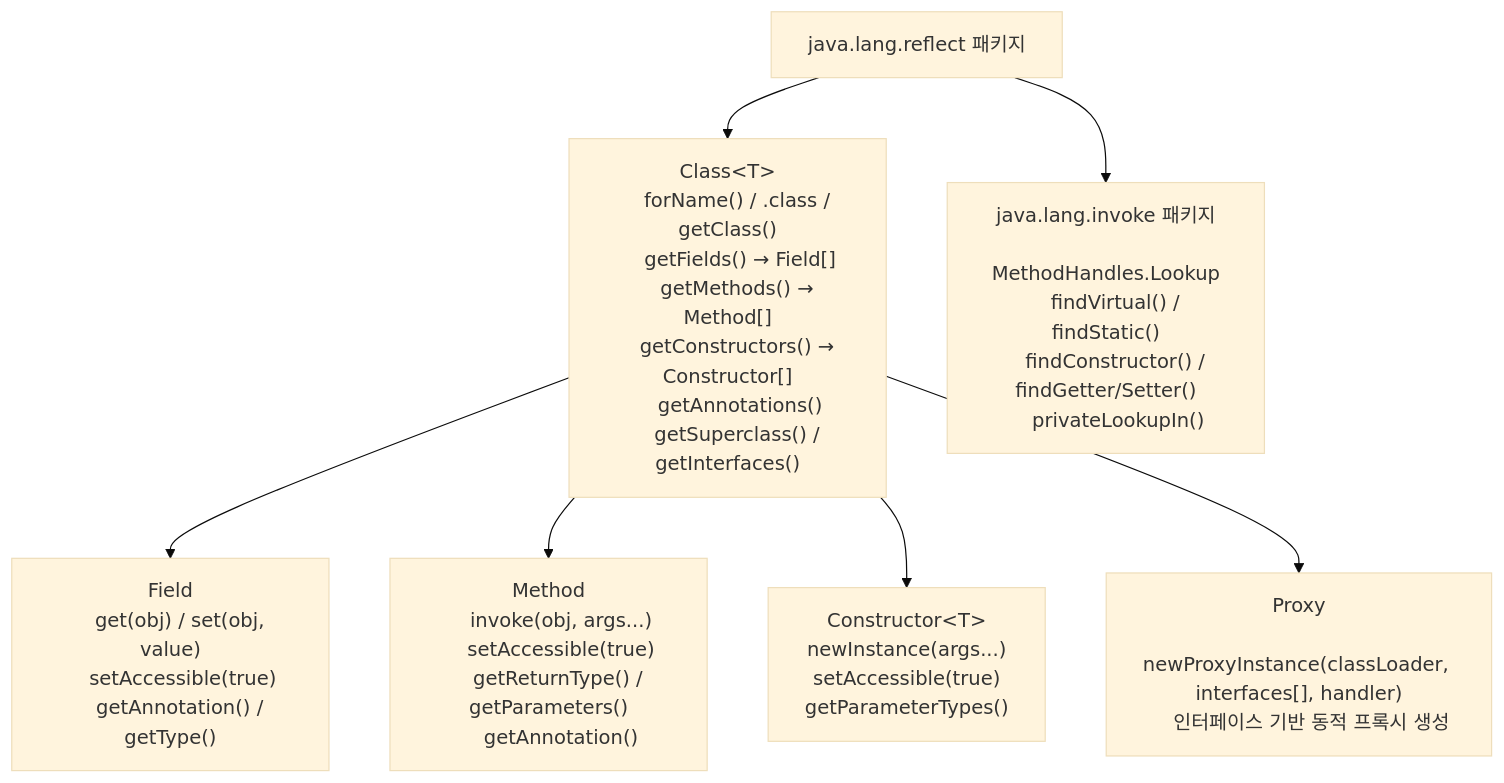
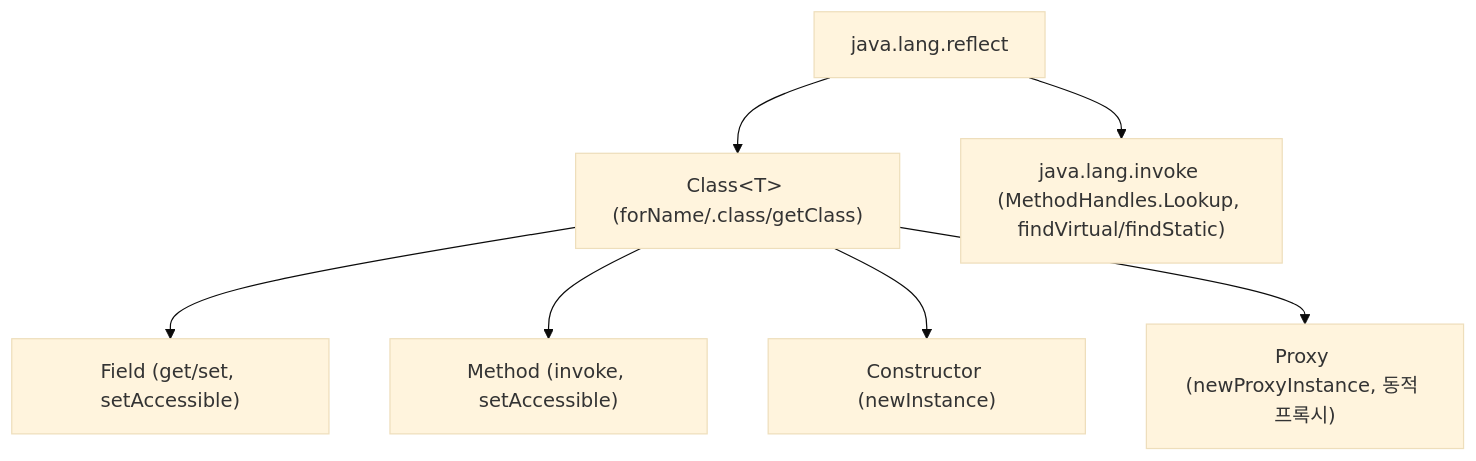
The fourth of 4 diagrams in _posts/java/2026-05-01-java-reflection.md (yjkim2015/yjkim2015.github.io), drawn with Mermaid (base theme) before and after one commit. The commit also changed other lines of this file and 215 other files, not shown here.

First line of the commit message:
신규 포스트 10개 추가 + Mermaid 전면 축소 + SystemDesign 시리즈 보강

````diff
--- a/_posts/java/2026-05-01-java-reflection.md
+++ b/_posts/java/2026-05-01-java-reflection.md
@@ -1055,45 +1041,9 @@
 ```mermaid
 graph TD
-    REFLECT["java.lang.reflect 패키지"]
-
-    CLASS["Class&lt;T&gt;
-    forName() / .class / getClass()
-    getFields() → Field[]
-    getMethods() → Method[]
-    getConstructors() → Constructor[]
-    getAnnotations()
-    getSuperclass() / getInterfaces()"]
-
-    FIELD["Field
-    get(obj) / set(obj, value)
-    setAccessible(true)
-    getAnnotation() / getType()"]
-
-    METHOD["Method
-    invoke(obj, args...)
-    setAccessible(true)
-    getReturnType() / getParameters()
-    getAnnotation()"]
-
-    CONSTRUCTOR["Constructor&lt;T&gt;
-    newInstance(args...)
-    setAccessible(true)
-    getParameterTypes()"]
-
-    PROXY["Proxy
-    newProxyInstance(classLoader, interfaces[], handler)
-    인터페이스 기반 동적 프록시 생성"]
-
-    INVOKE["java.lang.invoke 패키지
-    MethodHandles.Lookup
-    findVirtual() / findStatic()
-    findConstructor() / findGetter/Setter()
-    privateLookupIn()"]
-
-    REFLECT --> CLASS
-    CLASS --> FIELD
-    CLASS --> METHOD
-    CLASS --> CONSTRUCTOR
-    CLASS --> PROXY
-    REFLECT --> INVOKE
+    REFLECT["java.lang.reflect"] --> CLASS["Class&lt;T&gt; (forName/.class/getClass)"]
+    CLASS --> FIELD["Field (get/set, setAccessible)"]
+    CLASS --> METHOD["Method (invoke, setAccessible)"]
+    CLASS --> CONSTRUCTOR["Constructor (newInstance)"]
+    CLASS --> PROXY["Proxy (newProxyInstance, 동적 프록시)"]
+    REFLECT --> INVOKE["java.lang.invoke (MethodHandles.Lookup, findVirtual/findStatic)"]
 ```
````
